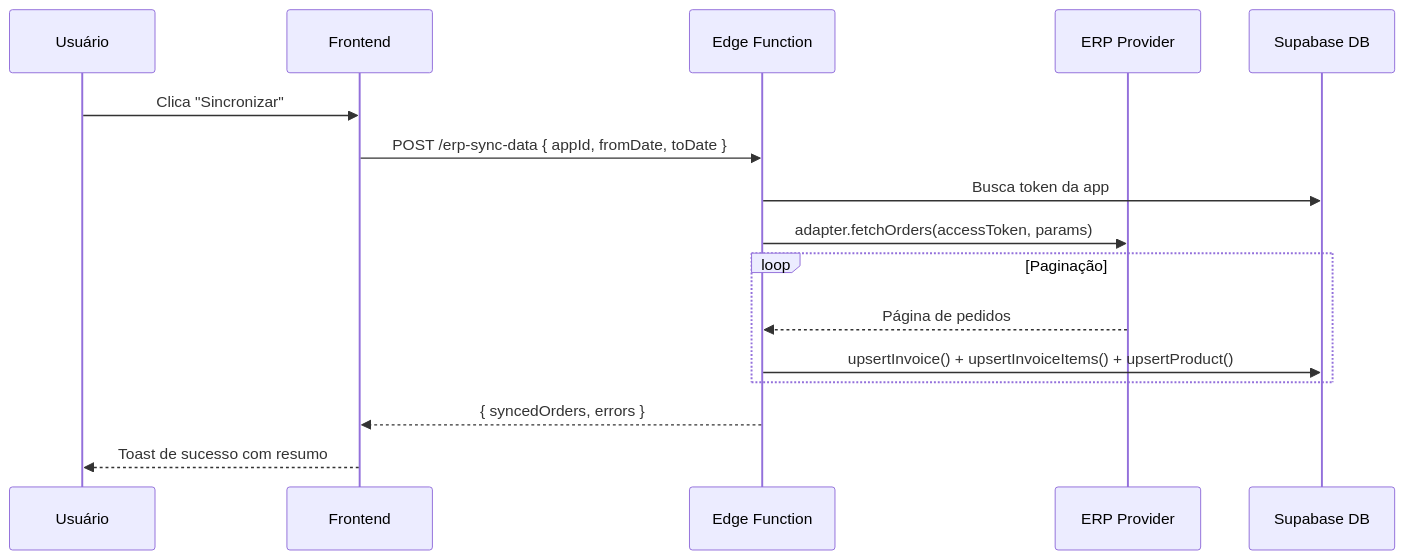
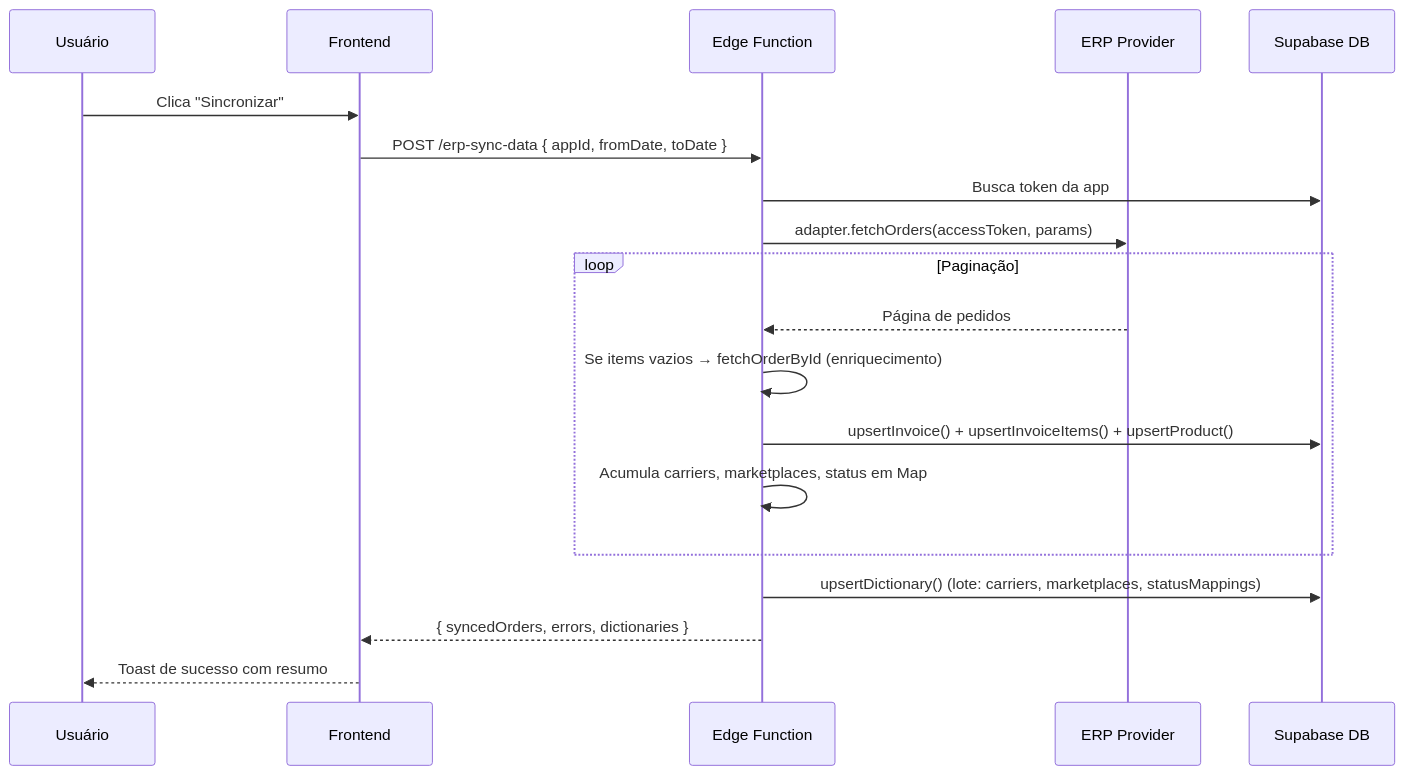
One commit to Jonathanpitanga-yav/carteira-clientes-agency changed the third of 3 diagrams in docs/prds/08-fluxos-erp.md. Above: the diagram before and after it, drawn with Mermaid. The commit also changed other lines of this file and 10 other files, not shown here.

First line of the commit message:
feat: orders enrichment — dictionary tables, status system, adapter expansion

````diff
--- a/docs/prds/08-fluxos-erp.md
+++ b/docs/prds/08-fluxos-erp.md
@@ -82,19 +83,22 @@
 ```mermaid
 sequenceDiagram
   participant User as Usuário
   participant FE as Frontend
   participant EF as Edge Function
   participant ERP as ERP Provider
   participant DB as Supabase DB
 
   User->>FE: Clica "Sincronizar"
   FE->>EF: POST /erp-sync-data { appId, fromDate, toDate }
   EF->>DB: Busca token da app
   EF->>ERP: adapter.fetchOrders(accessToken, params)
   loop Paginação
     ERP-->>EF: Página de pedidos
+    EF->>EF: Se items vazios → fetchOrderById (enriquecimento)
     EF->>DB: upsertInvoice() + upsertInvoiceItems() + upsertProduct()
+    EF->>EF: Acumula carriers, marketplaces, status em Map
   end
-  EF-->>FE: { syncedOrders, errors }
+  EF->>DB: upsertDictionary() (lote: carriers, marketplaces, statusMappings)
+  EF-->>FE: { syncedOrders, errors, dictionaries }
   FE-->>User: Toast de sucesso com resumo
 ```
````
